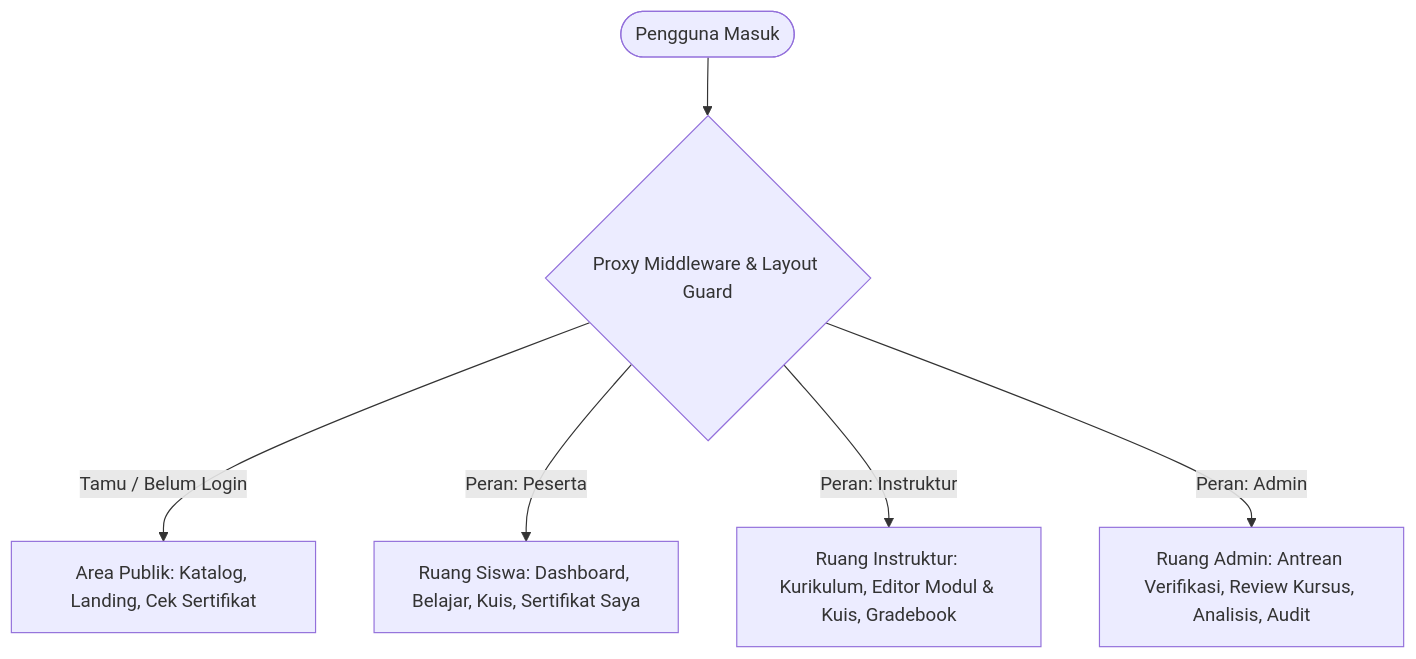
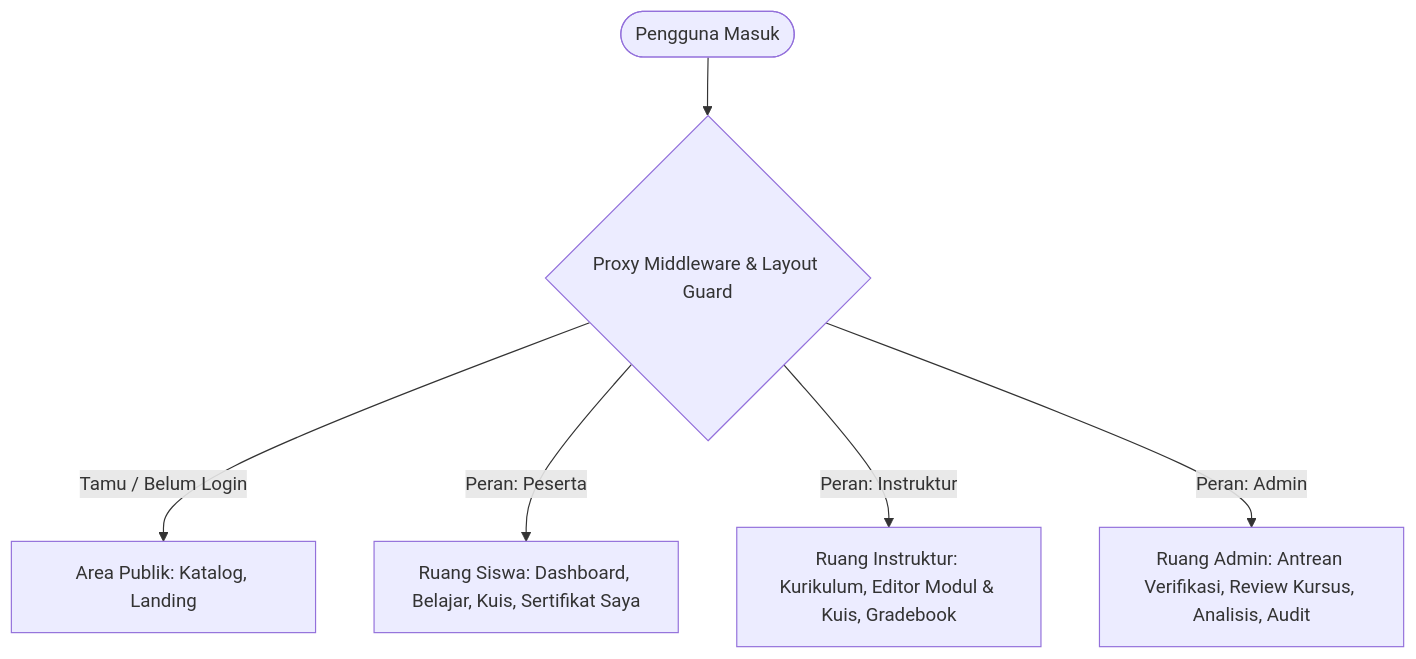
One commit to jongroihatulazizah1201-ui/lms_lembaga_kursus_pijar_aksara changed the diagram in laporan_fitur_halaman_aturan_lms.md. Above: the diagram before and after it, drawn with Mermaid. The commit also changed other lines of this file and 12 other files, not shown here.

````diff
--- a/laporan_fitur_halaman_aturan_lms.md
+++ b/laporan_fitur_halaman_aturan_lms.md
@@ -37,8 +37,8 @@
 ```mermaid
 graph TD
     User([Pengguna Masuk]) --> Router{Proxy Middleware & Layout Guard}
-    Router -->|Tamu / Belum Login| Public[Area Publik: Katalog, Landing, Cek Sertifikat]
+    Router -->|Tamu / Belum Login| Public[Area Publik: Katalog, Landing]
     Router -->|Peran: Peserta| SiswaSpace[Ruang Siswa: Dashboard, Belajar, Kuis, Sertifikat Saya]
     Router -->|Peran: Instruktur| InstrukturSpace[Ruang Instruktur: Kurikulum, Editor Modul & Kuis, Gradebook]
     Router -->|Peran: Admin| AdminSpace[Ruang Admin: Antrean Verifikasi, Review Kursus, Analisis, Audit]
 ```
````
